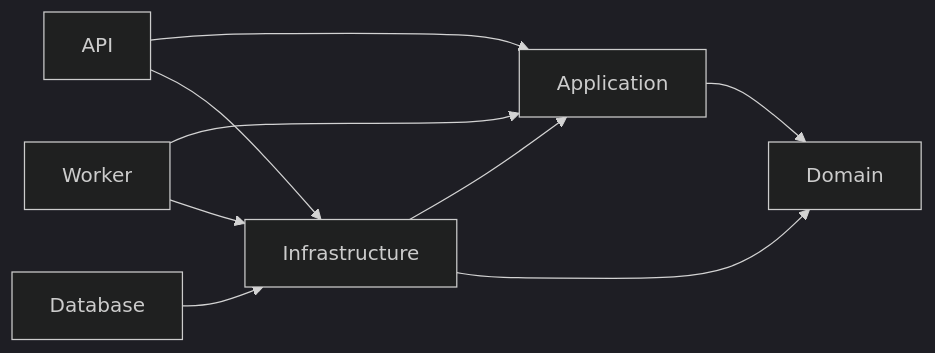
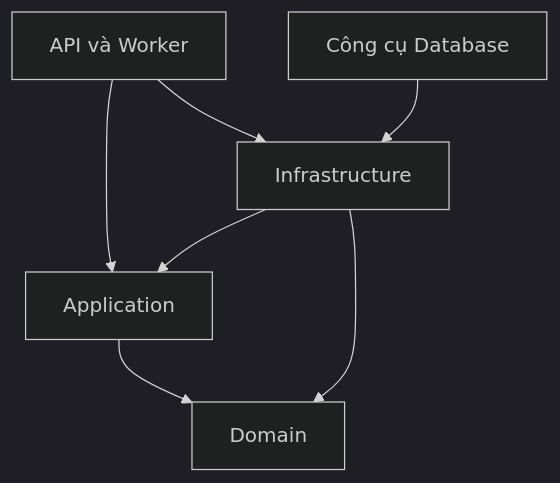
Before and after one commit to supportflow-ai/ai-it-service-desk: the diagram in docs/architecture/backend-modules-and-use-cases.md, drawn with Mermaid (dark theme). The commit also changed other lines of this file and 71 other files, not shown here.

````diff
--- a/docs/architecture/backend-modules-and-use-cases.md
+++ b/docs/architecture/backend-modules-and-use-cases.md
@@ -7,11 +9,9 @@
 ```mermaid
-flowchart LR
-    API --> Application
-    API --> Infrastructure
-    Worker --> Application
-    Worker --> Infrastructure
-    Database --> Infrastructure
+flowchart TD
+    Hosts["API và Worker"] --> Application["Application"]
+    Hosts --> Infrastructure["Infrastructure"]
+    Database["Công cụ Database"] --> Infrastructure
     Infrastructure --> Application
-    Infrastructure --> Domain
+    Infrastructure --> Domain["Domain"]
     Application --> Domain
 ```
````
